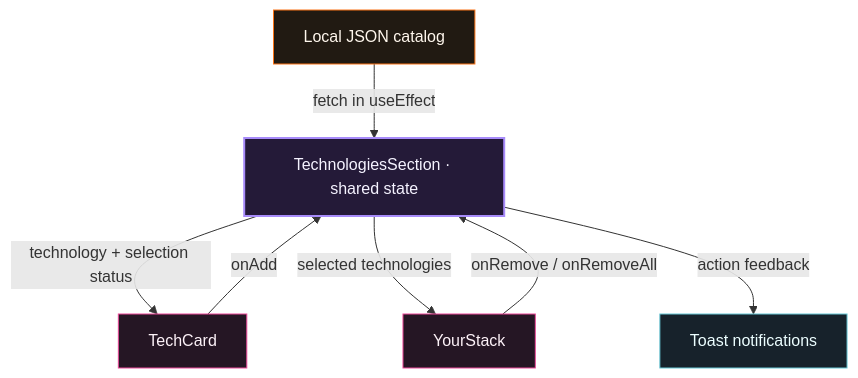
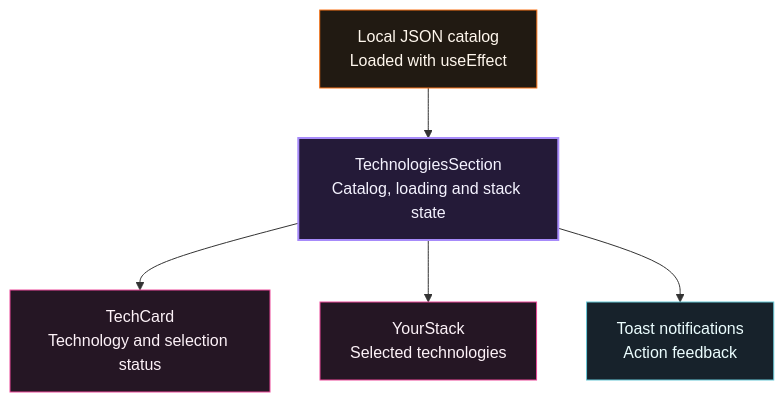
The diagram in README.md (SamaunRezvi/assignment_five), drawn with Mermaid before and after one commit. The commit also changed other lines of this file, not shown here.

Commit message:
Fix README diagram label overlap

````diff
--- a/README.md
+++ b/README.md
@@ -110,18 +111,16 @@
 ```mermaid
 flowchart TB
-    catalog["Local JSON catalog"] -->|fetch in useEffect| owner["TechnologiesSection · shared state"]
-    owner -->|technology + selection status| cards["TechCard"]
-    owner -->|selected technologies| panel["YourStack"]
-    cards -->|onAdd| owner
-    panel -->|onRemove / onRemoveAll| owner
-    owner -->|action feedback| feedback["Toast notifications"]
+    catalog["Local JSON catalog<br/>Loaded with useEffect"] --> owner["TechnologiesSection<br/>Catalog, loading and stack state"]
+    owner --> cards["TechCard<br/>Technology and selection status"]
+    owner --> panel["YourStack<br/>Selected technologies"]
+    owner --> feedback["Toast notifications<br/>Action feedback"]
 
     classDef source fill:#211A12,stroke:#F97316,color:#FFF7ED
     classDef state fill:#241A38,stroke:#A78BFA,color:#F5F3FF,stroke-width:2px
     classDef view fill:#251624,stroke:#EC4899,color:#FDF2F8
     classDef message fill:#17222B,stroke:#67C8D6,color:#ECFEFF
     class catalog source
     class owner state
     class cards,panel view
     class feedback message
 ```
````
